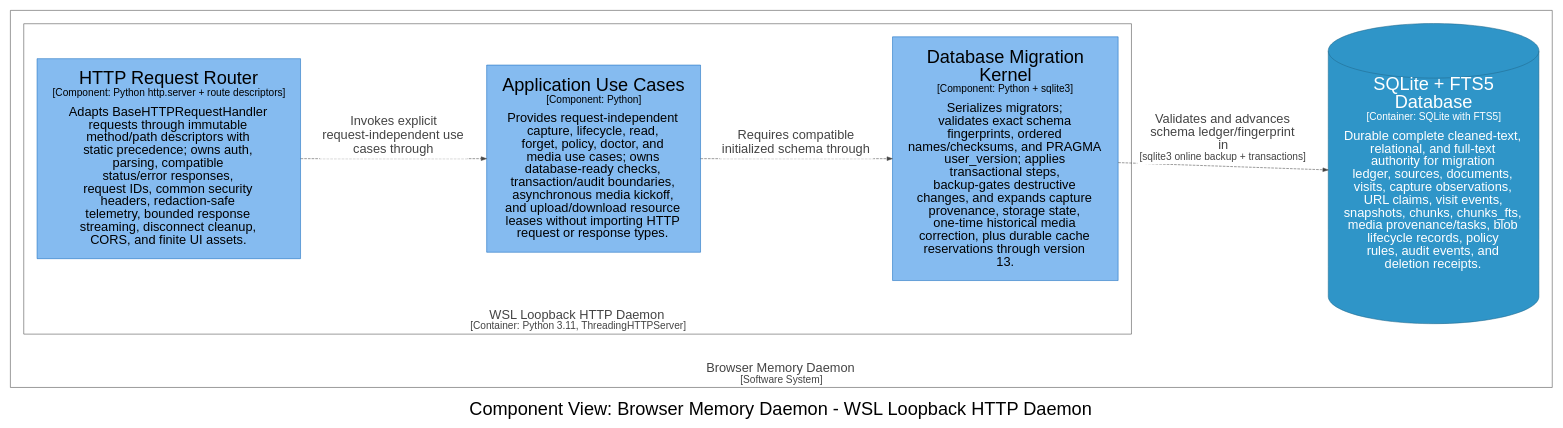
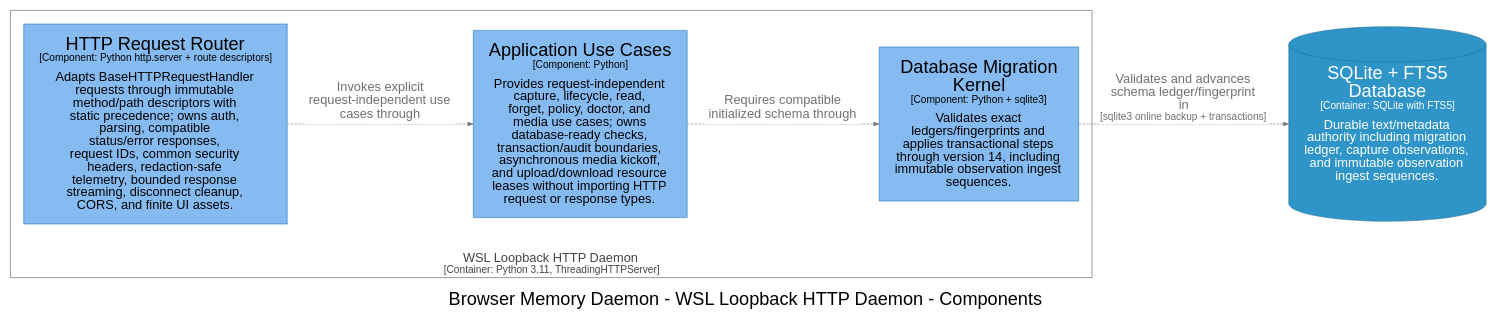
One commit to michaelnicks0/browser-memory-daemon changed the diagram in docs/architecture/diagrams/dot/structurizr-DaemonMigrationComponents.dot. Above: the diagram before and after it, drawn with Graphviz. The commit also changed 331 other files, not shown here.

Commit message:
docs: refresh architecture and publish surfaces

```diff
--- a/docs/architecture/diagrams/dot/structurizr-DaemonMigrationComponents.dot
+++ b/docs/architecture/diagrams/dot/structurizr-DaemonMigrationComponents.dot
@@ -1,36 +1,26 @@
 digraph {
   compound=true
   graph [fontname="Arial", rankdir=LR, ranksep=1.0, nodesep=1.0]
   node [fontname="Arial", shape=box, margin="0.4,0.3"]
   edge [fontname="Arial"]
-  label=<<br /><font point-size="34">Component View: Browser Memory Daemon - WSL Loopback HTTP Daemon</font>>
+  label=<<br /><font point-size="34">Browser Memory Daemon - WSL Loopback HTTP Daemon - Components</font>>
 
-  subgraph cluster_4 {
+  49 [id=49,shape=cylinder, label=<<font point-size="34">SQLite + FTS5<br />Database</font><br /><font point-size="19">[Container: SQLite with FTS5]</font><br /><br /><font point-size="24">Durable text/metadata<br />authority including migration<br />ledger, capture observations,<br />and immutable observation<br />ingest sequences.</font>>, style=filled, color="#20688c", fillcolor="#2f95c8", fontcolor="#ffffff"]
+
+  subgraph cluster_22 {
     margin=25
-    label=<<font point-size="24"><br />Browser Memory Daemon</font><br /><font point-size="19">[Software System]</font>>
+    label=<<font point-size="24"><br />WSL Loopback HTTP Daemon</font><br /><font point-size="19">[Container: Python 3.11, ThreadingHTTPServer]</font>>
     labelloc=b
     color="#444444"
     fontcolor="#444444"
     fillcolor="#444444"
 
-    subgraph cluster_22 {
-      margin=25
-      label=<<font point-size="24"><br />WSL Loopback HTTP Daemon</font><br /><font point-size="19">[Container: Python 3.11, ThreadingHTTPServer]</font>>
-      labelloc=b
-      color="#444444"
-      fontcolor="#444444"
-      fillcolor="#444444"
-
-      23 [id=23,shape=rect, label=<<font point-size="34">HTTP Request Router</font><br /><font point-size="19">[Component: Python http.server + route descriptors]</font><br /><br /><font point-size="24">Adapts BaseHTTPRequestHandler<br />requests through immutable<br />method/path descriptors with<br />static precedence; owns auth,<br />parsing, compatible<br />status/error responses,<br />request IDs, common security<br />headers, redaction-safe<br />telemetry, bounded response<br />streaming, disconnect cleanup,<br />CORS, and finite UI assets.</font>>, style=filled, color="#1168bd", fillcolor="#85bbf0", fontcolor="#000000"]
-      24 [id=24,shape=rect, label=<<font point-size="34">Application Use Cases</font><br /><font point-size="19">[Component: Python]</font><br /><br /><font point-size="24">Provides request-independent<br />capture, lifecycle, read,<br />forget, policy, doctor, and<br />media use cases; owns<br />database-ready checks,<br />transaction/audit boundaries,<br />asynchronous media kickoff,<br />and upload/download resource<br />leases without importing HTTP<br />request or response types.</font>>, style=filled, color="#1168bd", fillcolor="#85bbf0", fontcolor="#000000"]
-      25 [id=25,shape=rect, label=<<font point-size="34">Database Migration<br />Kernel</font><br /><font point-size="19">[Component: Python + sqlite3]</font><br /><br /><font point-size="24">Serializes migrators;<br />validates exact schema<br />fingerprints, ordered<br />names/checksums, and PRAGMA<br />user_version; applies<br />transactional steps,<br />backup-gates destructive<br />changes, and expands capture<br />provenance, storage state,<br />one-time historical media<br />correction, plus durable cache<br />reservations through version<br />13.</font>>, style=filled, color="#1168bd", fillcolor="#85bbf0", fontcolor="#000000"]
-    }
-
-    48 [id=48,shape=cylinder, label=<<font point-size="34">SQLite + FTS5<br />Database</font><br /><font point-size="19">[Container: SQLite with FTS5]</font><br /><br /><font point-size="24">Durable complete cleaned-text,<br />relational, and full-text<br />authority for migration<br />ledger, sources, documents,<br />visits, capture observations,<br />URL claims, visit events,<br />snapshots, chunks, chunks_fts,<br />media provenance/tasks, blob<br />lifecycle records, policy<br />rules, audit events, and<br />deletion receipts.</font>>, style=filled, color="#20688c", fillcolor="#2f95c8", fontcolor="#ffffff"]
+    23 [id=23,shape=rect, label=<<font point-size="34">HTTP Request Router</font><br /><font point-size="19">[Component: Python http.server + route descriptors]</font><br /><br /><font point-size="24">Adapts BaseHTTPRequestHandler<br />requests through immutable<br />method/path descriptors with<br />static precedence; owns auth,<br />parsing, compatible<br />status/error responses,<br />request IDs, common security<br />headers, redaction-safe<br />telemetry, bounded response<br />streaming, disconnect cleanup,<br />CORS, and finite UI assets.</font>>, style=filled, color="#1168bd", fillcolor="#85bbf0", fontcolor="#000000"]
+    24 [id=24,shape=rect, label=<<font point-size="34">Application Use Cases</font><br /><font point-size="19">[Component: Python]</font><br /><br /><font point-size="24">Provides request-independent<br />capture, lifecycle, read,<br />forget, policy, doctor, and<br />media use cases; owns<br />database-ready checks,<br />transaction/audit boundaries,<br />asynchronous media kickoff,<br />and upload/download resource<br />leases without importing HTTP<br />request or response types.</font>>, style=filled, color="#1168bd", fillcolor="#85bbf0", fontcolor="#000000"]
+    25 [id=25,shape=rect, label=<<font point-size="34">Database Migration<br />Kernel</font><br /><font point-size="19">[Component: Python + sqlite3]</font><br /><br /><font point-size="24">Validates exact<br />ledgers/fingerprints and<br />applies transactional steps<br />through version 14, including<br />immutable observation ingest<br />sequences.</font>>, style=filled, color="#1168bd", fillcolor="#85bbf0", fontcolor="#000000"]
   }
 
-  23 -> 24 [id=114, label=<<TABLE BORDER="0" CELLBORDER="0" CELLSPACING="0" CELLPADDING="4" BGCOLOR="white"><TR><TD><font point-size="24">Invokes explicit<br />request-independent use<br />cases through</font></TD></TR></TABLE>>, style="dashed", color="#444444", fontcolor="#444444"]
-  24 -> 25 [id=117, label=<<TABLE BORDER="0" CELLBORDER="0" CELLSPACING="0" CELLPADDING="4" BGCOLOR="white"><TR><TD><font point-size="24">Requires compatible<br />initialized schema through</font></TD></TR></TABLE>>, style="dashed", color="#444444", fontcolor="#444444"]
-  25 -> 48 [id=166, label=<<TABLE BORDER="0" CELLBORDER="0" CELLSPACING="0" CELLPADDING="4" BGCOLOR="white"><TR><TD><font point-size="24">Validates and advances<br />schema ledger/fingerprint<br />in</font><br /><font point-size="19">[sqlite3 online backup + transactions]</font></TD></TR></TABLE>>, style="dashed", color="#444444", fontcolor="#444444"]
-
+  23 -> 24 [id=115, label=<<TABLE BORDER="0" CELLBORDER="0" CELLSPACING="0" CELLPADDING="4" BGCOLOR="white"><TR><TD><font point-size="24">Invokes explicit<br />request-independent use<br />cases through</font></TD></TR></TABLE>>, style="dashed", color="#707070", fontcolor="#707070"]
+  24 -> 25 [id=118, label=<<TABLE BORDER="0" CELLBORDER="0" CELLSPACING="0" CELLPADDING="4" BGCOLOR="white"><TR><TD><font point-size="24">Requires compatible<br />initialized schema through</font></TD></TR></TABLE>>, style="dashed", color="#707070", fontcolor="#707070"]
+  25 -> 49 [id=170, label=<<TABLE BORDER="0" CELLBORDER="0" CELLSPACING="0" CELLPADDING="4" BGCOLOR="white"><TR><TD><font point-size="24">Validates and advances<br />schema ledger/fingerprint<br />in</font><br /><font point-size="19">[sqlite3 online backup + transactions]</font></TD></TR></TABLE>>, style="dashed", color="#707070", fontcolor="#707070"]
 }
```
